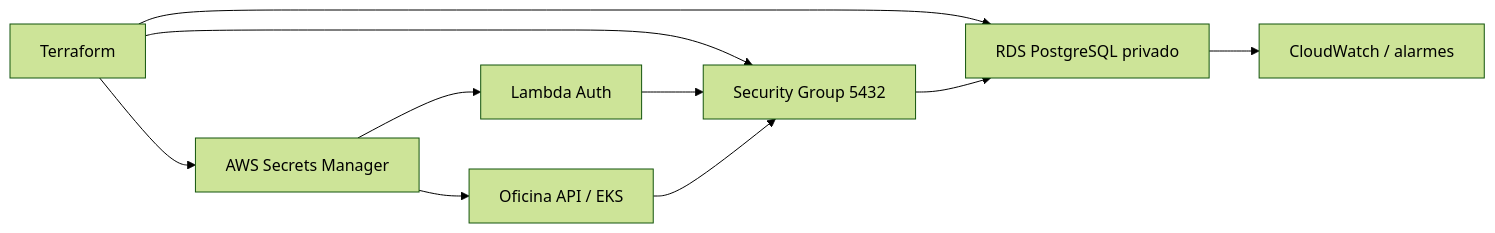
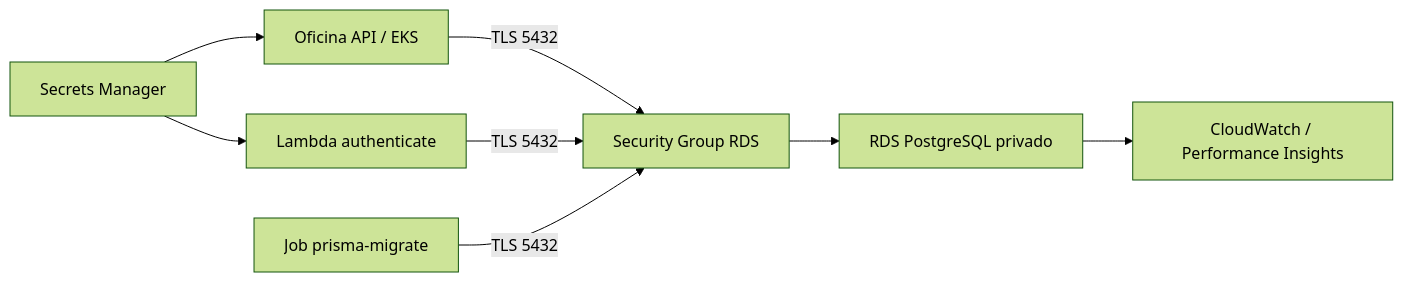
Before and after one commit to maypinheiro/oficina-database-infra: the diagram in README.md, drawn with Mermaid (forest theme). The commit also changed other lines of this file and 1 other file, not shown here.

Commit message:
docs: detalhar arquitetura e decisões do RDS

````diff
--- a/README.md
+++ b/README.md
@@ -7,12 +16,10 @@
 ```mermaid
 flowchart LR
-  TF["Terraform"] --> RDS["RDS PostgreSQL privado"]
-  TF --> SG["Security Group 5432"]
-  TF --> Secret["AWS Secrets Manager"]
-  Lambda["Lambda Auth"] --> SG
-  EKS["Oficina API / EKS"] --> SG
-  SG --> RDS
+  API["Oficina API / EKS"] -->|"TLS 5432"| SG["Security Group RDS"]
+  Lambda["Lambda authenticate"] -->|"TLS 5432"| SG
+  Migration["Job prisma-migrate"] -->|"TLS 5432"| SG
+  SG --> RDS["RDS PostgreSQL privado"]
+  Secret["Secrets Manager"] --> API
   Secret --> Lambda
-  Secret --> EKS
-  RDS --> CW["CloudWatch / alarmes"]
+  RDS --> CW["CloudWatch / Performance Insights"]
 ```
````
